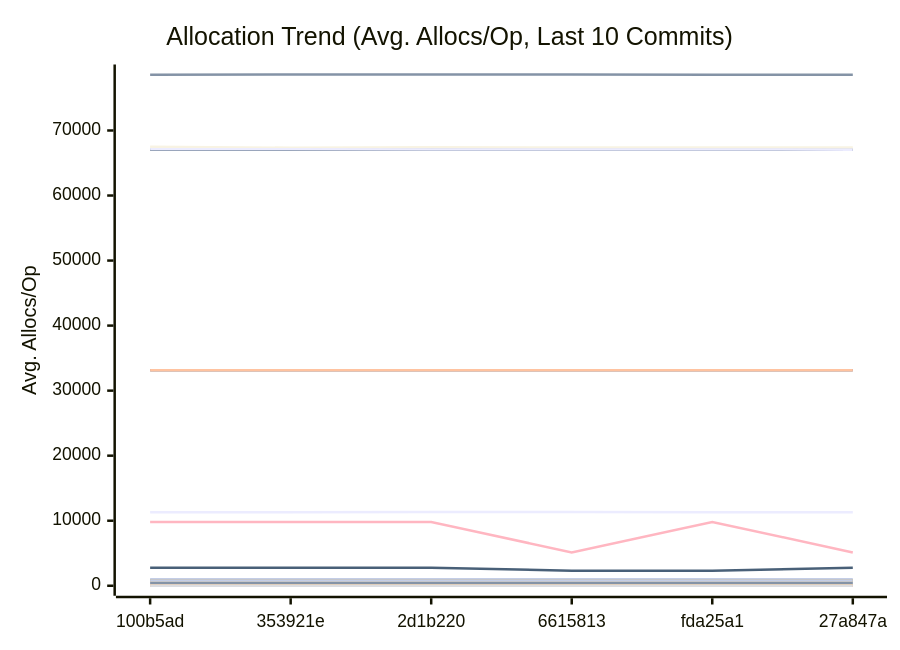
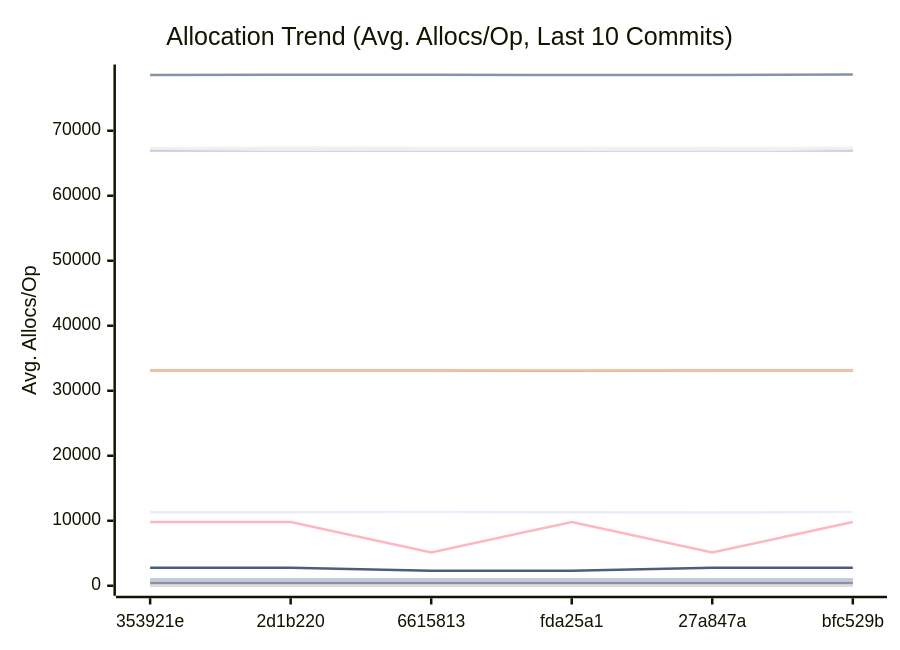
One commit to alsotoes/momo changed the third of 3 diagrams in docs/PERFORMANCE.md. Above: the diagram before and after it, drawn with Mermaid. The commit also changed other lines of this file and 6 other files, not shown here.

````diff
--- a/docs/PERFORMANCE.md
+++ b/docs/PERFORMANCE.md
@@ -360,44 +360,44 @@
 ```mermaid
 xychart-beta
     title "Allocation Trend (Avg. Allocs/Op, Last 10 Commits)"
     x-axis "Commit"
     y-axis "Avg. Allocs/Op"
-    x-axis [100b5ad,353921e,2d1b220,6615813,fda25a1,27a847a]
-    line "AWSChunkedReaderSigned" [11304,11317,11324,11331,11296,11287,11338,11329,11352,11316]
-    line "AWSChunkedReaderUnsigned" [78578,78592,78605,78609,78579,78582,78651,78603,78618,78588]
+    x-axis [353921e,2d1b220,6615813,fda25a1,27a847a,bfc529b]
+    line "AWSChunkedReaderSigned" [11317,11324,11331,11296,11287,11338,11329,11352,11316,11313]
+    line "AWSChunkedReaderUnsigned" [78592,78605,78609,78579,78582,78651,78603,78618,78588,78582]
     line "CheckMetricsAndSwap" [0,0,0,0,0,0,0,0,0,0]
     line "CrushOptimized" [0,0,0,0,0,0,0,0,0,0]
     line "CrushOriginal" [3,3,3,3,3,3,3,3,3,3]
     line "FormatListObjectsV2XML_AppendFormat" [16,16,16,16,16,16,16,16,16,16]
     line "FormatListObjectsV2XML_OldFormat" [1000,1000,1000,1000,1000,1000,1000,1000,1000,1000]
     line "HashBytes/1MiB" [64,64,64,64,64,64,64,64,64,64]
     line "HashBytes/256MiB" [64,64,64,64,64,64,64,64,64,64]
     line "HashBytes/64MiB" [64,64,64,64,64,64,64,64,64,64]
     line "HashFile/1MiB" [33128,33128,33128,33128,33128,33128,33128,33128,33128,33128]
     line "HashFile/256MiB" [33128,33128,33128,33128,33128,33128,33128,33128,33128,33128]
-    line "HashFile/64MiB" [33128,33128,33128,33128,33137,33128,33128,33128,33128,33128]
+    line "HashFile/64MiB" [33128,33128,33128,33137,33128,33128,33128,33128,33128,33128]
     line "IndexDirectTracking" [0,0,0,0,0,0,0,0,0,0]
     line "IndexSearch" [0,0,0,0,0,0,0,0,0,0]
     line "LastModifiedHeader_AppendFormat" [0,0,0,0,0,0,0,0,0,0]
-    line "LastModifiedHeader_Format" [0,0,0,0,0,0,0,1,1,1]
+    line "LastModifiedHeader_Format" [0,0,0,0,0,0,1,1,1,1]
     line "LoadGlobalConfig" [58,58,58,58,58,58,58,58,58,58]
-    line "LocalWrite/1MiB" [67034,67030,67036,67036,67029,67028,67031,67030,67036,67032]
-    line "LocalWrite/256MiB" [67492,67349,67409,67379,67372,67383,67413,67386,67552,67369]
-    line "LocalWrite/64MiB" [67097,67104,67086,67092,67077,67052,67096,67102,67105,67107]
+    line "LocalWrite/1MiB" [67030,67036,67036,67029,67028,67031,67030,67036,67032,67034]
+    line "LocalWrite/256MiB" [67349,67409,67379,67372,67383,67413,67386,67552,67369,67393]
+    line "LocalWrite/64MiB" [67104,67086,67092,67077,67052,67096,67102,67105,67107,67056]
     line "PadString" [1,1,1,1,1,1,1,1,1,1]
     line "ParseReplicationOrder_NoPrealloc" [6,6,6,6,6,5,5,5,5,5]
     line "ParseReplicationOrder_Prealloc" [2,2,2,2,2,1,1,1,1,1]
     line "Placement" [6,6,6,6,6,6,6,6,6,6]
     line "PlacementDomainSpread" [6,6,6,6,6,6,6,6,6,6]
-    line "ReadVerify/1MiB" [437,469,466,470,460,462,473,468,479,467]
-    line "ReadVerify/256MiB" [9808,9808,9808,5120,9808,5120,9808,9808,9808,9808]
-    line "ReadVerify/64MiB" [2776,2776,2776,2307,2307,2776,2776,2776,3557,3557]
-    line "S3PutSpool/1MiB" [447,447,448,447,447,447,447,447,447,447]
+    line "ReadVerify/1MiB" [469,466,470,460,462,473,468,479,467,465]
+    line "ReadVerify/256MiB" [9808,9808,5120,9808,5120,9808,9808,9808,9808,9808]
+    line "ReadVerify/64MiB" [2776,2776,2307,2307,2776,2776,2776,3557,3557,2776]
+    line "S3PutSpool/1MiB" [447,448,447,447,447,447,447,447,447,447]
     line "S3PutSpool/256MiB" [448,448,448,448,448,448,448,448,448,448]
     line "S3PutSpool/64MiB" [448,448,448,448,448,448,448,448,448,448]
     line "SanitizeLog/Safe" [0,0,0,0,0,0,0,0,0,0]
     line "SanitizeLog/Unsafe" [1,1,1,1,1,1,1,1,1,1]
-    line "TrustedRead/1MiB" [800,800,800,800,800,800,839,840,800,834]
+    line "TrustedRead/1MiB" [800,800,800,800,800,839,840,800,834,800]
     line "TrustedRead/256MiB" [800,800,800,800,800,800,800,800,800,800]
     line "TrustedRead/64MiB" [800,800,800,800,800,800,800,800,800,800]
 ```
````
